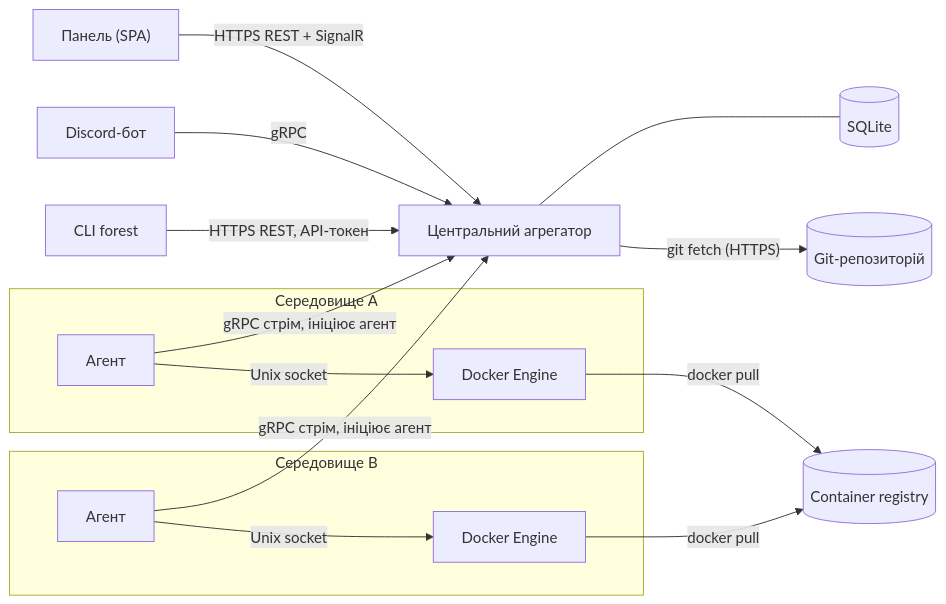
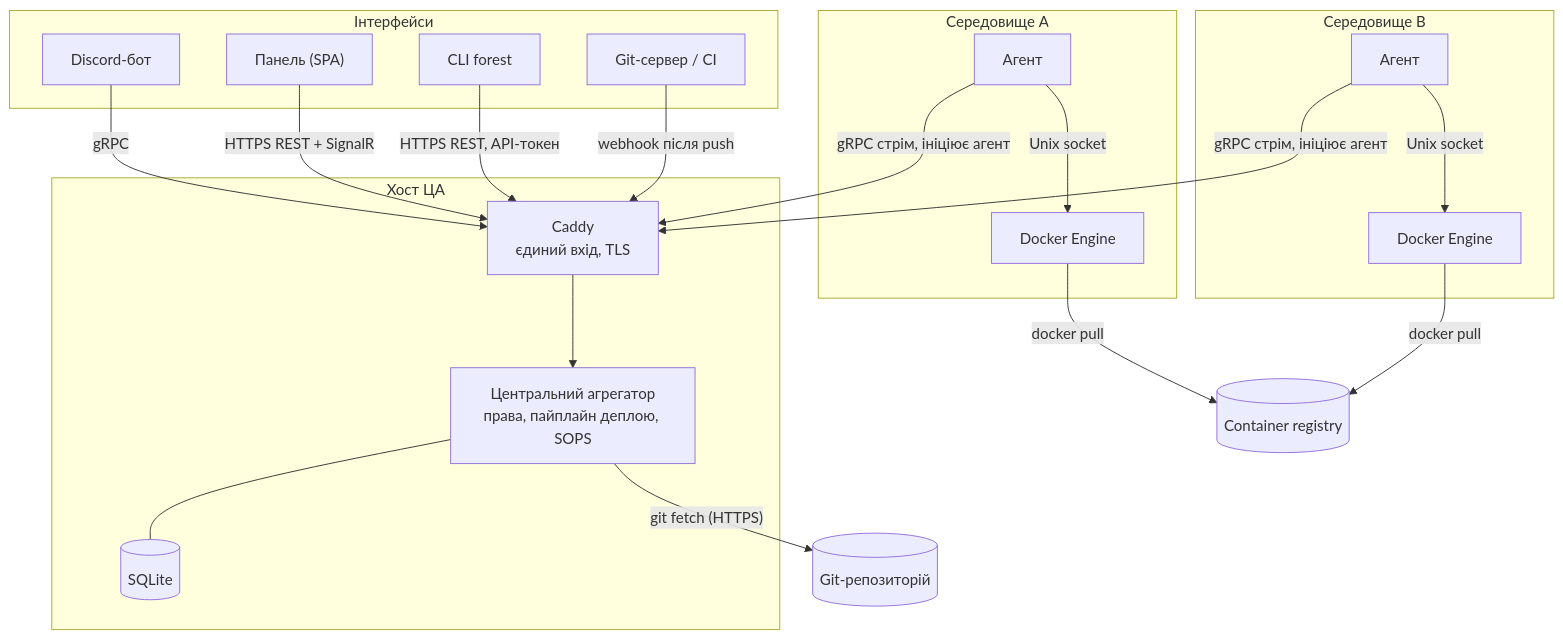
The diagram in README.md (container-forest/container-forest), drawn with Mermaid before and after one commit. The commit also changed 4 other files, not shown here.

First line of the commit message:
docs: replace architecture diagrams with detailed Mermaid versions

````diff
--- a/README.md
+++ b/README.md
@@ -49,18 +49,31 @@
 ```mermaid
-flowchart LR
-  UI["Панель (SPA)"] -->|"HTTPS REST + SignalR"| CA["Центральний агрегатор"]
-  Bot["Discord-бот"] -->|"gRPC"| CA
-  Cli["CLI forest"] -->|"HTTPS REST, API-токен"| CA
-  CA --- DB[("SQLite")]
-  CA -->|"git fetch (HTTPS)"| Git[("Git-репозиторій")]
-  subgraph EnvA["Середовище A"]
-    EA1["Агент"] -->|"Unix socket"| D1["Docker Engine"]
+flowchart TB
+  subgraph Clients["Інтерфейси"]
+    Bot["Discord-бот"]
+    UI["Панель (SPA)"]
+    Cli["CLI forest"]
+    Hooks["Git-сервер / CI"]
   end
   subgraph EnvB["Середовище B"]
     EA2["Агент"] -->|"Unix socket"| D2["Docker Engine"]
   end
-  EA1 -->|"gRPC стрім, ініціює агент"| CA
-  EA2 -->|"gRPC стрім, ініціює агент"| CA
-  D1 -->|"docker pull"| Reg[("Container registry")]
+  subgraph EnvA["Середовище A"]
+    EA1["Агент"] -->|"Unix socket"| D1["Docker Engine"]
+  end
+  subgraph Host["Хост ЦА"]
+    Caddy["Caddy<br/>єдиний вхід, TLS"] --> CA["Центральний агрегатор<br/>права, пайплайн деплою, SOPS"]
+    CA --- DB[("SQLite")]
+  end
+  Git[("Git-репозиторій")]
+  Reg[("Container registry")]
+
+  Bot -->|"gRPC"| Caddy
+  UI -->|"HTTPS REST + SignalR"| Caddy
+  Cli -->|"HTTPS REST, API-токен"| Caddy
+  Hooks -->|"webhook після push"| Caddy
+  EA1 -->|"gRPC стрім, ініціює агент"| Caddy
+  EA2 -->|"gRPC стрім, ініціює агент"| Caddy
+  CA -->|"git fetch (HTTPS)"| Git
+  D1 -->|"docker pull"| Reg
   D2 -->|"docker pull"| Reg
 ```
````
